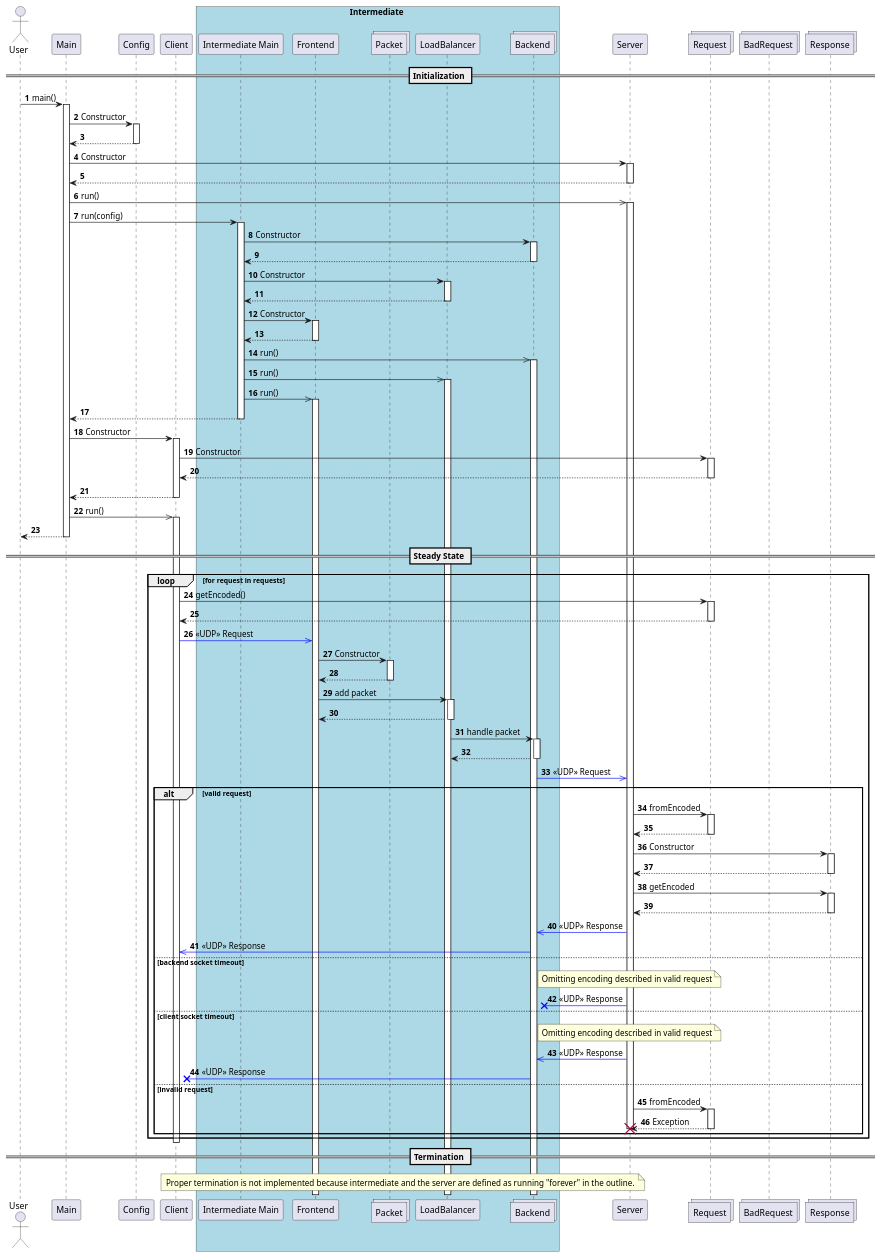
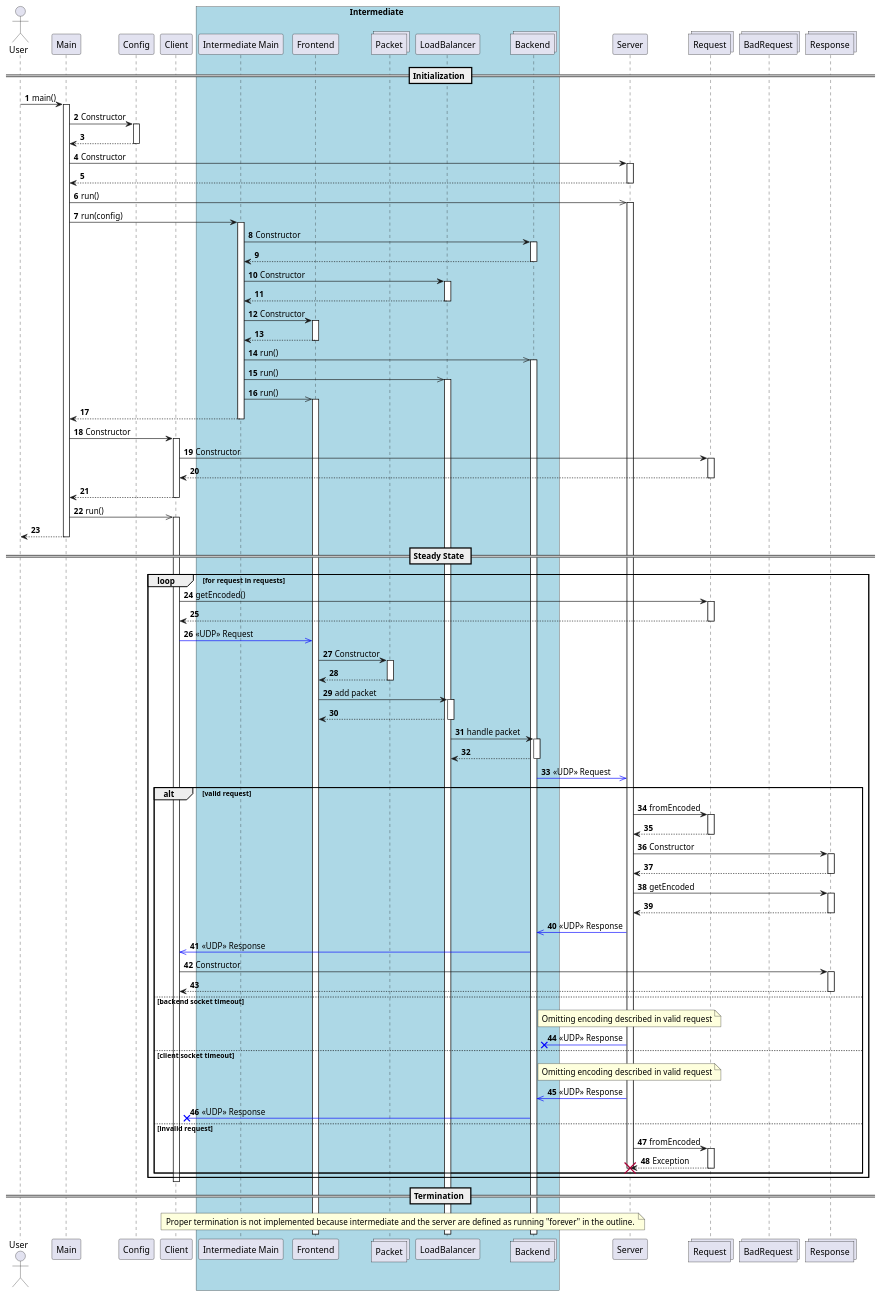
Before and after one commit to Daniel-W-Innes/SYSC3303-A2: the diagram in doc/diagrams/sequence_diagram.puml, drawn with PlantUML. The commit also changed 59 other files, not shown here.

```diff
--- a/doc/diagrams/sequence_diagram.puml
+++ b/doc/diagrams/sequence_diagram.puml
@@ -1,96 +1,98 @@
 @startuml
 'https://plantuml.com/sequence-diagram
 actor User
 participant Main
 participant Config
 participant Client
 box Intermediate #LightBlue
 participant "Intermediate Main" as iMain
 participant Frontend
 collections Packet
 participant LoadBalancer
 collections Backend
 end box
 participant Server
 collections Request
 collections BadRequest
 collections Response
 
 autonumber
 
 == Initialization ==
 User -> Main ++: main()
 Main -> Config ++: Constructor
 return
 
 Main -> Server ++: Constructor
 return
 Main ->> Server: run()
 activate Server
 
 Main -> iMain ++: run(config)
 iMain -> Backend ++: Constructor
 return
 iMain -> LoadBalancer ++: Constructor
 return
 iMain -> Frontend ++: Constructor
 return
 iMain ->> Backend: run()
 activate Backend
 iMain ->> LoadBalancer: run()
 activate LoadBalancer
 iMain ->> Frontend: run()
 activate Frontend
 iMain --> Main
 deactivate iMain
 
 Main -> Client ++: Constructor
 Client -> Request ++: Constructor
 return
 return
 Main ->> Client: run()
 activate Client
 Main --> User
 deactivate Main
 == Steady State ==
 
 loop for request in requests
     Client -> Request ++: getEncoded()
     return
     Client -[#0000FF]>> Frontend: <<UDP>> Request
     Frontend -> Packet ++: Constructor
     return
     Frontend -> LoadBalancer ++: add packet
     return
     LoadBalancer -> Backend ++: handle packet
     return
     Backend -[#0000FF]>> Server: <<UDP>> Request
     alt valid request
         Server -> Request ++: fromEncoded
         return
         Server -> Response ++: Constructor
         return
         Server -> Response ++: getEncoded
         return
         Server -[#0000FF]>> Backend: <<UDP>> Response
         Backend -[#0000FF]>> Client: <<UDP>> Response
+        Client -> Response ++: Constructor
+        return
     else backend socket timeout
         note over Server: Omitting encoding described in valid request
         Server -[#0000FF]x Backend: <<UDP>> Response
     else client socket timeout
         note over Server: Omitting encoding described in valid request
         Server -[#0000FF]>> Backend: <<UDP>> Response
         Backend -[#0000FF]x Client: <<UDP>> Response
     else invalid request
         Server -> Request ++: fromEncoded
         return Exception
         destroy Server
     end
 end
 deactivate Client
 
 == Termination ==
 
 note over Client, Server: Proper termination is not implemented because intermediate and the server are defined as running "forever" in the outline.
 
 @enduml
```
